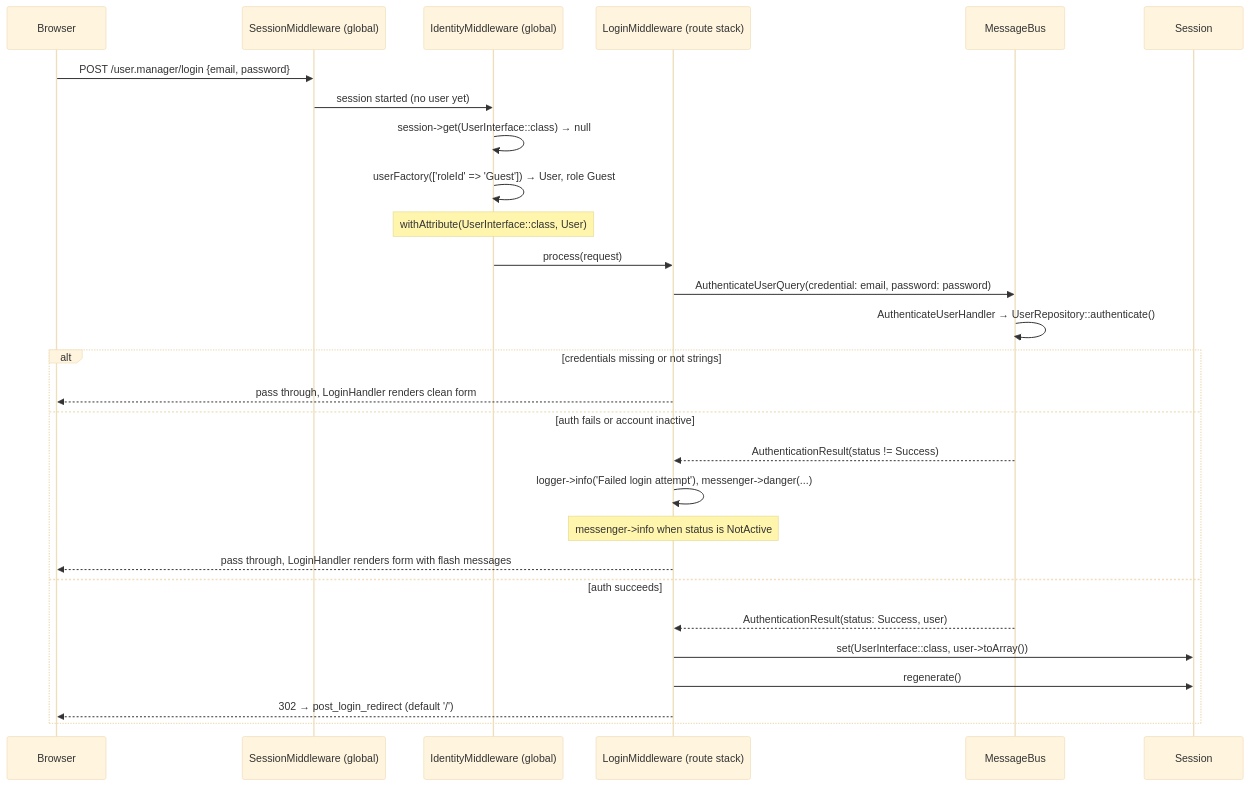
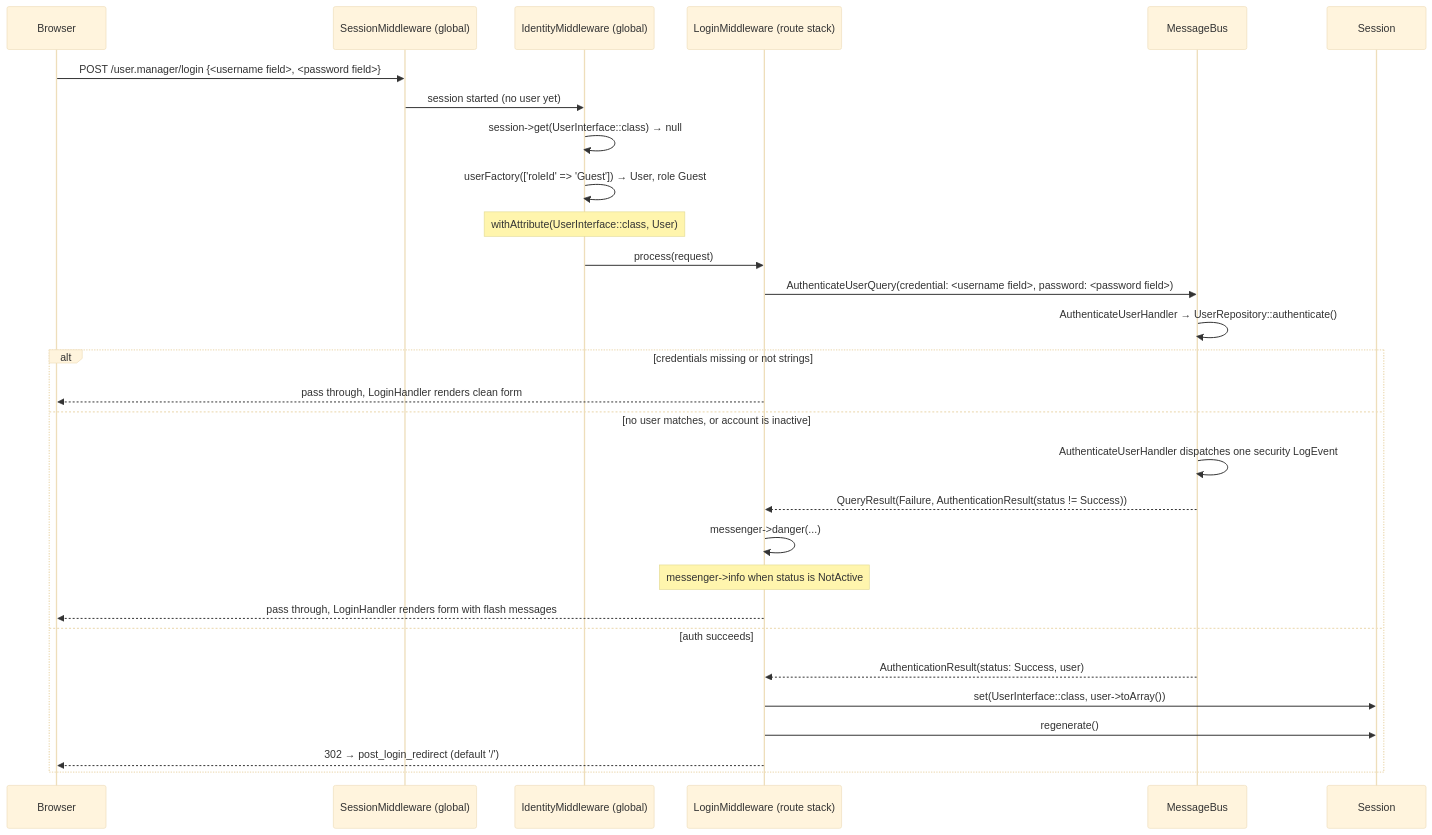
Before and after one commit to webinertia/webware-usermanager: the first of 2 diagrams in docs/identity-flow.md, drawn with Mermaid (base theme). The commit also changed other lines of this file and 22 other files, not shown here.

````diff
--- a/docs/identity-flow.md
+++ b/docs/identity-flow.md
@@ -28,31 +36,32 @@
 ```mermaid
 sequenceDiagram
     participant Browser
     participant SessionMW as SessionMiddleware (global)
     participant IdentMW as IdentityMiddleware (global)
     participant LoginMW as LoginMiddleware (route stack)
     participant Bus as MessageBus
     participant Session
 
-    Browser->>SessionMW: POST /user.manager/login {email, password}
+    Browser->>SessionMW: POST /user.manager/login {<username field>, <password field>}
     SessionMW->>IdentMW: session started (no user yet)
     IdentMW->>IdentMW: session->get(UserInterface::class) → null
     IdentMW->>IdentMW: userFactory(['roleId' => 'Guest']) → User, role Guest
     Note over IdentMW: withAttribute(UserInterface::class, User)
     IdentMW->>LoginMW: process(request)
-    LoginMW->>Bus: AuthenticateUserQuery(credential: email, password: password)
+    LoginMW->>Bus: AuthenticateUserQuery(credential: <username field>, password: <password field>)
     Bus->>Bus: AuthenticateUserHandler → UserRepository::authenticate()
     alt credentials missing or not strings
         LoginMW-->>Browser: pass through, LoginHandler renders clean form
-    else auth fails or account inactive
-        Bus-->>LoginMW: AuthenticationResult(status != Success)
-        LoginMW->>LoginMW: logger->info('Failed login attempt'), messenger->danger(...)
+    else no user matches, or account is inactive
+        Bus->>Bus: AuthenticateUserHandler dispatches one security LogEvent
+        Bus-->>LoginMW: QueryResult(Failure, AuthenticationResult(status != Success))
+        LoginMW->>LoginMW: messenger->danger(...)
         Note over LoginMW: messenger->info when status is NotActive
         LoginMW-->>Browser: pass through, LoginHandler renders form with flash messages
     else auth succeeds
         Bus-->>LoginMW: AuthenticationResult(status: Success, user)
         LoginMW->>Session: set(UserInterface::class, user->toArray())
         LoginMW->>Session: regenerate()
         LoginMW-->>Browser: 302 → post_login_redirect (default '/')
     end
 ```
````
